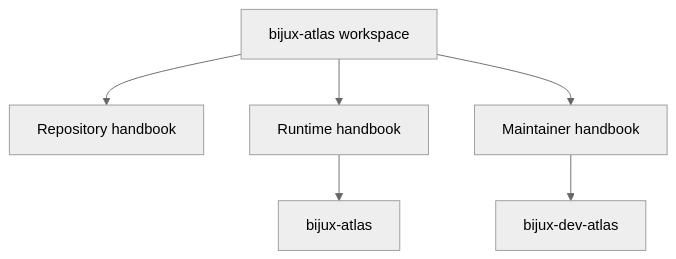
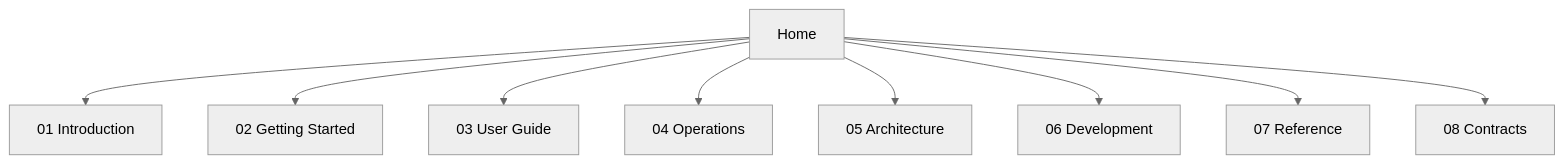
Before and after one commit to bijux/bijux-atlas: the diagram in docs/index.md, drawn with Mermaid (neutral theme). The commit also changed other lines of this file and 2 other files, not shown here.

````diff
--- a/docs/index.md
+++ b/docs/index.md
@@ -37,9 +39,12 @@
 ```mermaid
 flowchart TB
-    workspace["bijux-atlas workspace"]
-    workspace --> repo["Repository handbook"]
-    workspace --> runtime["Runtime handbook"]
-    workspace --> maintainer["Maintainer handbook"]
-    runtime --> runtime_pkg["bijux-atlas"]
-    maintainer --> maintainer_pkg["bijux-dev-atlas"]
+    home["Home"]
+    home --> intro["01 Introduction"]
+    home --> start["02 Getting Started"]
+    home --> guide["03 User Guide"]
+    home --> ops["04 Operations"]
+    home --> architecture["05 Architecture"]
+    home --> dev["06 Development"]
+    home --> reference["07 Reference"]
+    home --> contracts["08 Contracts"]
 ```
````
